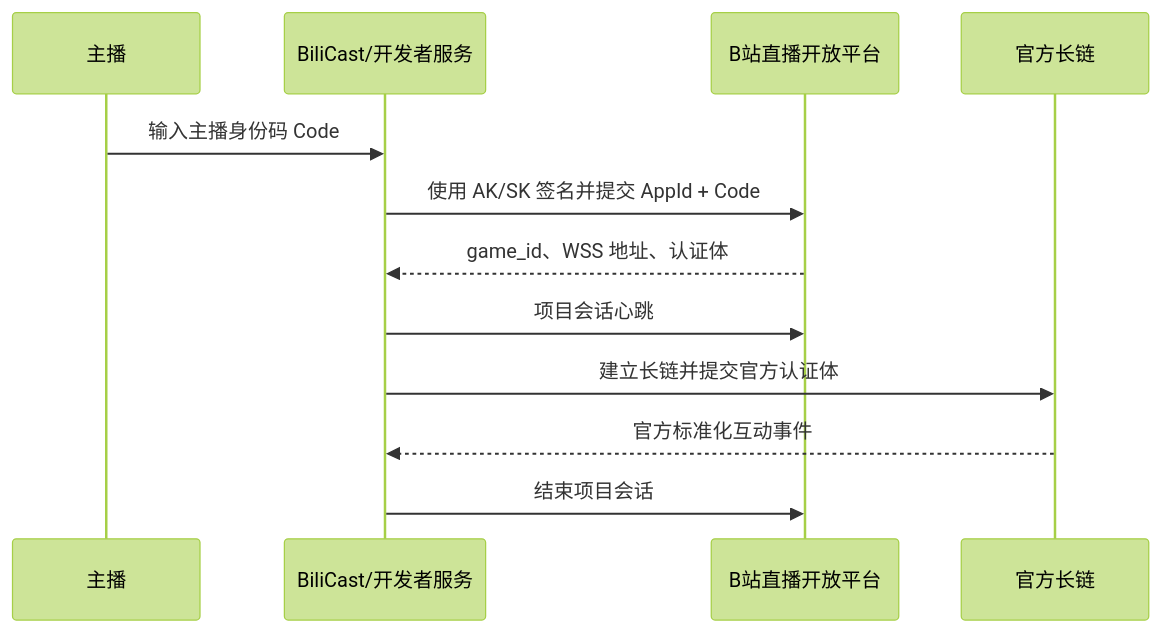
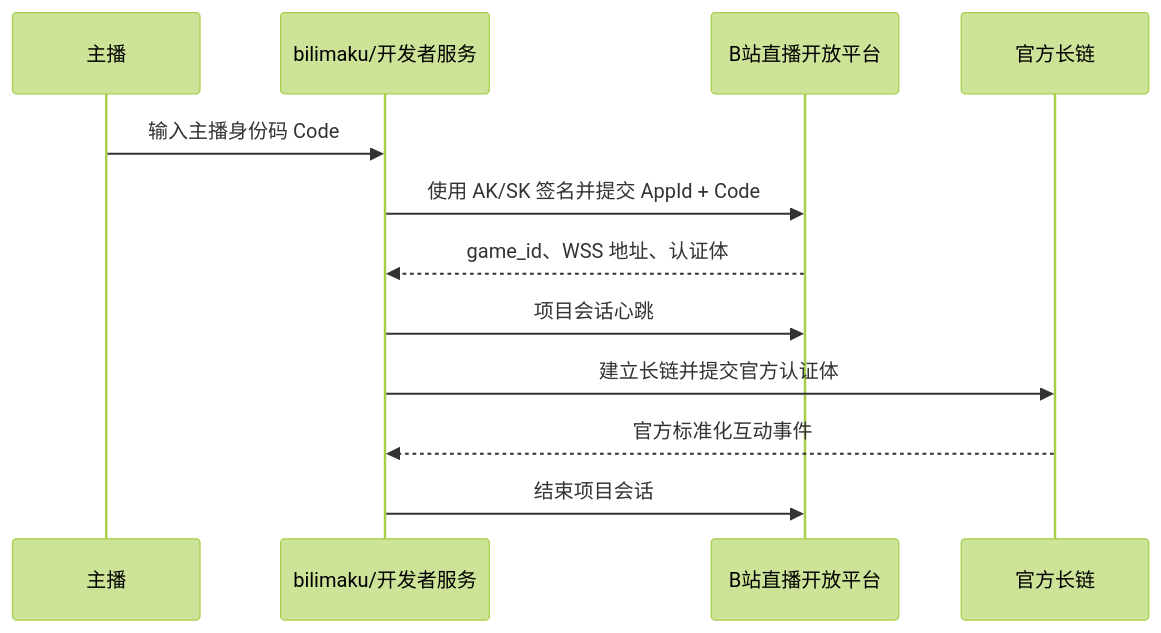
The first of 2 diagrams in docs/live-connection-technical-report.md (WJZ-P/BiliMaku), drawn with Mermaid (forest theme) before and after one commit. The commit also changed other lines of this file and 17 other files, not shown here.

````diff
--- a/docs/live-connection-technical-report.md
+++ b/docs/live-connection-technical-report.md
@@ -32,15 +32,15 @@
 ```mermaid
 sequenceDiagram
     participant U as 主播
-    participant D as BiliCast/开发者服务
+    participant D as bilimaku/开发者服务
     participant O as B站直播开放平台
     participant W as 官方长链
 
     U->>D: 输入主播身份码 Code
     D->>O: 使用 AK/SK 签名并提交 AppId + Code
     O-->>D: game_id、WSS 地址、认证体
     D->>O: 项目会话心跳
     D->>W: 建立长链并提交官方认证体
     W-->>D: 官方标准化互动事件
     D->>O: 结束项目会话
 ```
````
